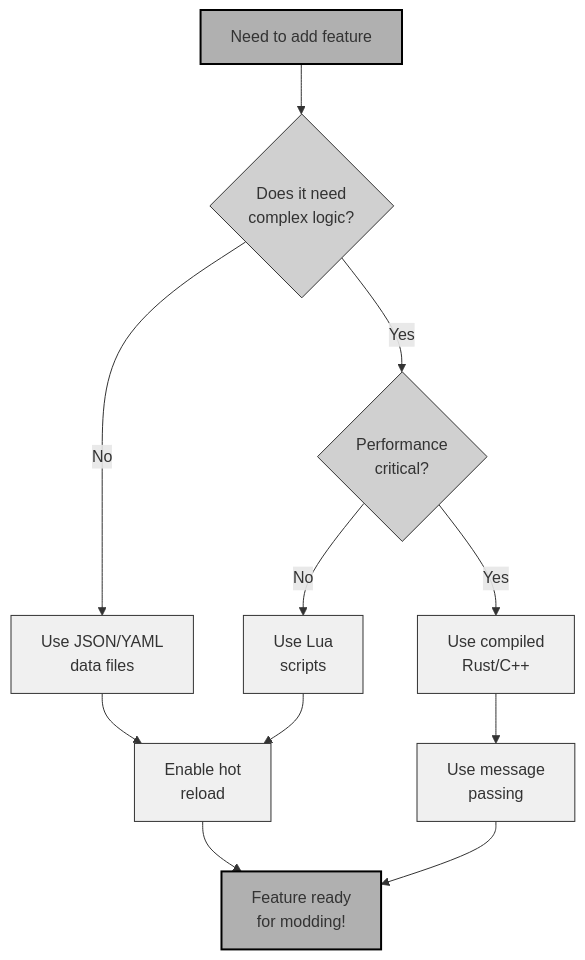
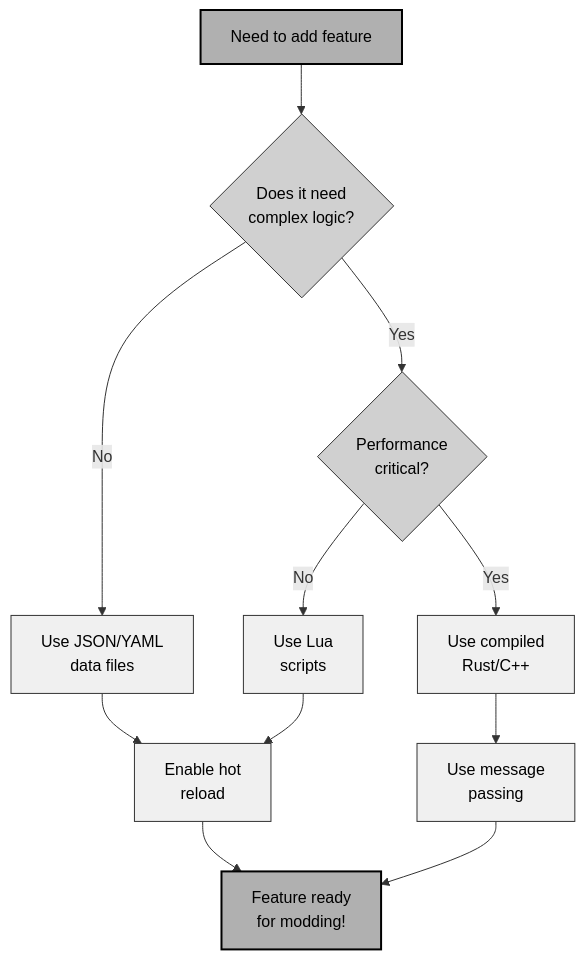
The second of 2 diagrams in chapter_13_case_studies.md (jukofyork/close-combat-architecture-study), drawn with Mermaid before and after one commit. The commit also changed other lines of this file and 15 other files, not shown here.

````diff
--- a/chapter_13_case_studies.md
+++ b/chapter_13_case_studies.md
@@ -1876,28 +1876,28 @@
 ```mermaid
 flowchart TD
-    classDef default fill:#fff,stroke:#000,stroke-width:1px
-    classDef light fill:#f0f0f0,stroke:#333,stroke-width:1px
-    classDef medium fill:#d0d0d0,stroke:#333,stroke-width:1px
-    classDef dark fill:#b0b0b0,stroke:#000,stroke-width:2px
+    classDef default fill:#fff,stroke:#000,stroke-width:1px,color:#000
+    classDef light fill:#f0f0f0,stroke:#333,stroke-width:1px,color:#000
+    classDef medium fill:#d0d0d0,stroke:#333,stroke-width:1px,color:#000
+    classDef dark fill:#b0b0b0,stroke:#000,stroke-width:2px,color:#000
 
     Start["Need to add feature"]
 
     Start --> Q1{"Does it need\ncomplex logic?"}
 
     Q1 -->|Yes| Q2{"Performance\ncritical?"}
     Q1 -->|No| UseData["Use JSON/YAML\ndata files"]
 
     Q2 -->|Yes| UseCode["Use compiled\nRust/C++"]
     Q2 -->|No| UseScript["Use Lua\nscripts"]
 
     UseData --> HotReload["Enable hot\nreload"]
     UseScript --> HotReload
     UseCode --> MessageBased["Use message\npassing"]
 
     HotReload --> Done["Feature ready\nfor modding!"]
     MessageBased --> Done
 
     class Start,Done dark
     class Q1,Q2 medium
     class UseData,UseCode,UseScript,HotReload,MessageBased light
 ```
````
